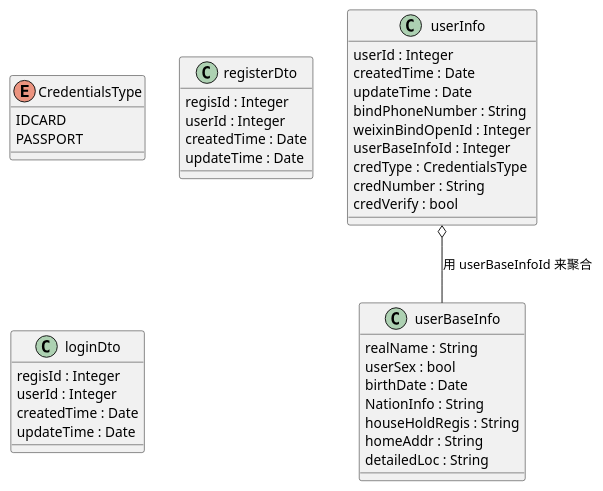
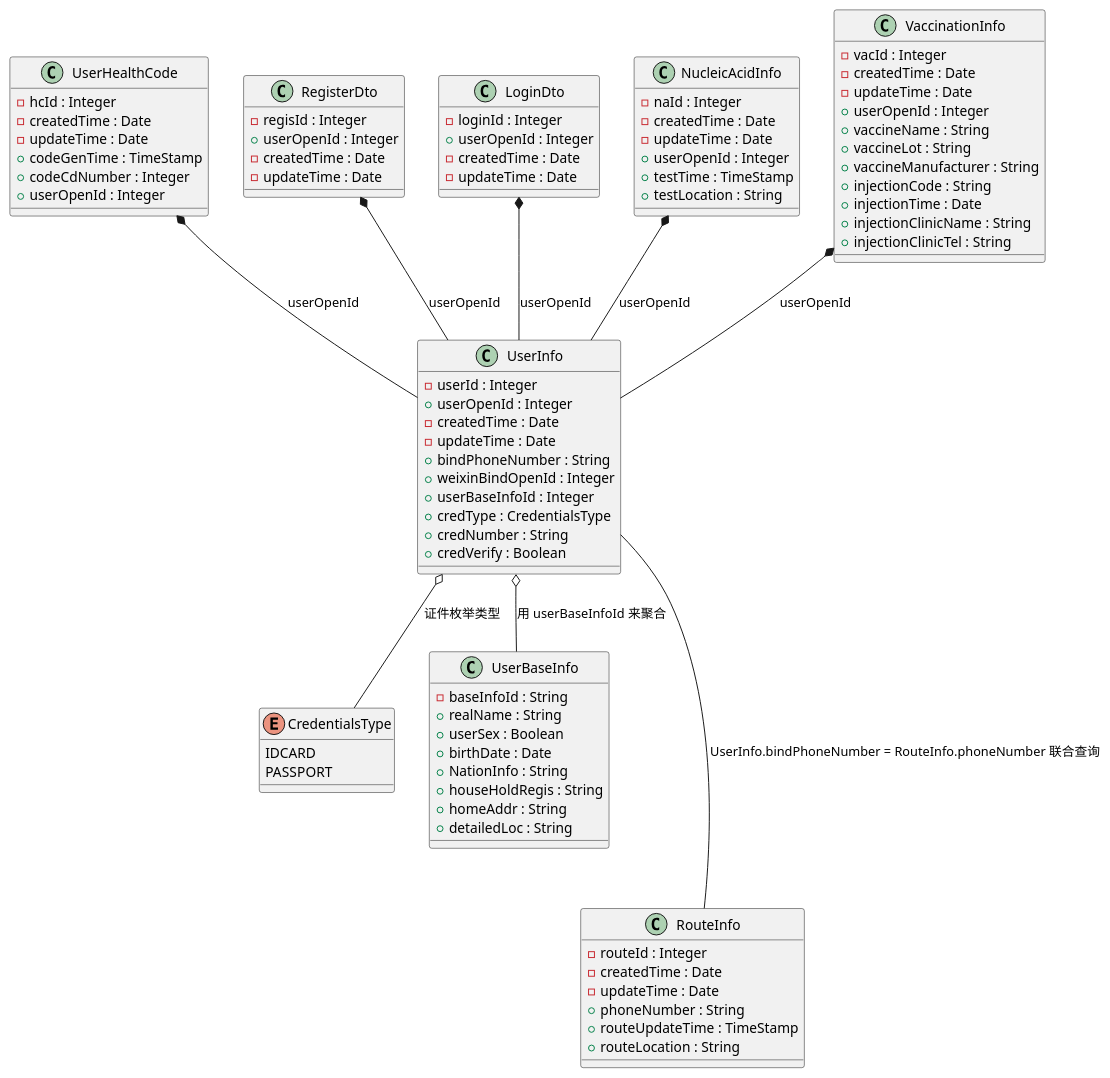
The diagram in Model/appClass.puml (Juminiy/cassandra-con), drawn with PlantUML before and after one commit. The commit also changed 2 other files, not shown here.

```diff
--- a/Model/appClass.puml
+++ b/Model/appClass.puml
@@ -1,49 +1,108 @@
     @startuml
 
-    ' 证件类型
-    enum CredentialsType {
-        IDCARD
-        PASSPORT
-    }
+' 证件类型
+enum CredentialsType {
+    IDCARD
+    PASSPORT
+}
+UserInfo o-- CredentialsType : 证件枚举类型
+    ' 个人信息
+class UserInfo{
+        - userId : Integer
+        + userOpenId : Integer
+        - createdTime : Date
+        - updateTime : Date
+        + bindPhoneNumber : String
+        + weixinBindOpenId : Integer
+        + userBaseInfoId : Integer
+        + credType : CredentialsType
+        + credNumber : String
+        + credVerify : Boolean
+}
 
-    ' 个人信息
-    class userInfo{
-        userId : Integer
-        createdTime : Date
-        updateTime : Date
-        bindPhoneNumber : String
-        weixinBindOpenId : Integer
-        userBaseInfoId : Integer
-        credType : CredentialsType
-        credNumber : String
-        credVerify : bool
-    }
+' 这些信息 userBaseInfoId聚合即可
+class UserBaseInfo{
+        - baseInfoId : String
+        + realName : String
+        + userSex : Boolean
+        + birthDate : Date
+        + NationInfo : String
+        + houseHoldRegis : String
+        + homeAddr : String
+        + detailedLoc : String
+}
 
-    ' 这些信息不重要 userBaseInfoId聚合即可
-    class userBaseInfo{
-        realName : String
-        userSex : bool
-        birthDate : Date
-        NationInfo : String
-        houseHoldRegis : String
-        homeAddr : String
-        detailedLoc : String
-    }
+UserInfo o-- UserBaseInfo : 用 userBaseInfoId 来聚合
 
-    userInfo o-- userBaseInfo : 用 userBaseInfoId 来聚合
+' 健康码生成
+class UserHealthCode {
+    - hcId : Integer
+    - createdTime : Date
+    - updateTime : Date
+    + codeGenTime : TimeStamp
+    + codeCdNumber : Integer
+    + userOpenId : Integer
+}
 
-    class registerDto {
-        regisId : Integer
-        userId : Integer
-        createdTime : Date
-        updateTime : Date
-    }
+UserHealthCode *-- UserInfo : userOpenId
 
-    class loginDto {
-        regisId : Integer
-        userId : Integer
-        createdTime : Date
-        updateTime : Date
-    }
+class RegisterDto {
+        - regisId : Integer
+        + userOpenId : Integer
+        - createdTime : Date
+        - updateTime : Date
+}
+RegisterDto *-- UserInfo : userOpenId
 
-    @enduml
+class LoginDto {
+        - loginId : Integer
+        + userOpenId : Integer
+        - createdTime : Date
+        - updateTime : Date
+}
+LoginDto *-- UserInfo : userOpenId
+
+' 行程卡
+class RouteInfo {
+    - routeId : Integer
+    - createdTime : Date
+    - updateTime : Date
+    + phoneNumber : String
+    ' 精确时间，年月日，时分秒
+    + routeUpdateTime : TimeStamp
+    ' 到访地点, 精确到 国，省，市，区，县
+    + routeLocation : String
+}
+
+UserInfo --- RouteInfo : UserInfo.bindPhoneNumber = RouteInfo.phoneNumber 联合查询
+
+
+class NucleicAcidInfo {
+    - naId : Integer
+    - createdTime : Date
+    - updateTime : Date
+    + userOpenId : Integer
+    + testTime : TimeStamp
+    + testLocation : String
+}
+
+NucleicAcidInfo *-- UserInfo : userOpenId
+
+
+class VaccinationInfo {
+    - vacId : Integer
+    - createdTime : Date
+    - updateTime : Date
+    + userOpenId : Integer
+    + vaccineName : String
+    + vaccineLot : String
+    + vaccineManufacturer : String
+    + injectionCode : String
+    + injectionTime : Date
+    + injectionClinicName : String
+    + injectionClinicTel : String
+}
+
+VaccinationInfo *-- UserInfo : userOpenId
+
+@enduml
```
